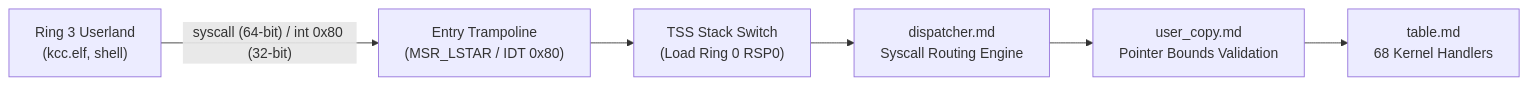
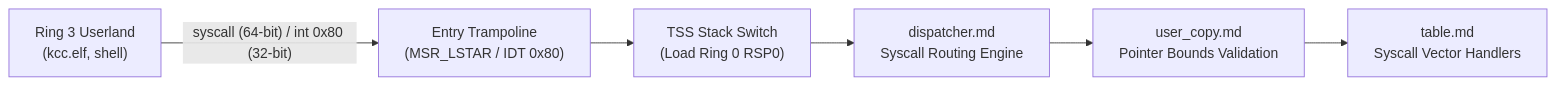
The diagram in docs/syscall/README.md (mrvlous/keira), drawn with Mermaid before and after one commit. The commit also changed 24 other files, not shown here.

````diff
--- a/docs/syscall/README.md
+++ b/docs/syscall/README.md
@@ -11,8 +11,8 @@
 ```mermaid
 graph LR
     User["Ring 3 Userland<br/>(kcc.elf, shell)"] -->|"syscall (64-bit) / int 0x80 (32-bit)"| Entry["Entry Trampoline<br/>(MSR_LSTAR / IDT 0x80)"]
     Entry --> TSS["TSS Stack Switch<br/>(Load Ring 0 RSP0)"]
     TSS --> Dispatch["dispatcher.md<br/>Syscall Routing Engine"]
     Dispatch --> Valid["user_copy.md<br/>Pointer Bounds Validation"]
-    Valid --> Table["table.md<br/>68 Kernel Handlers"]
+    Valid --> Table["table.md<br/>Syscall Vector Handlers"]
 ```
````
